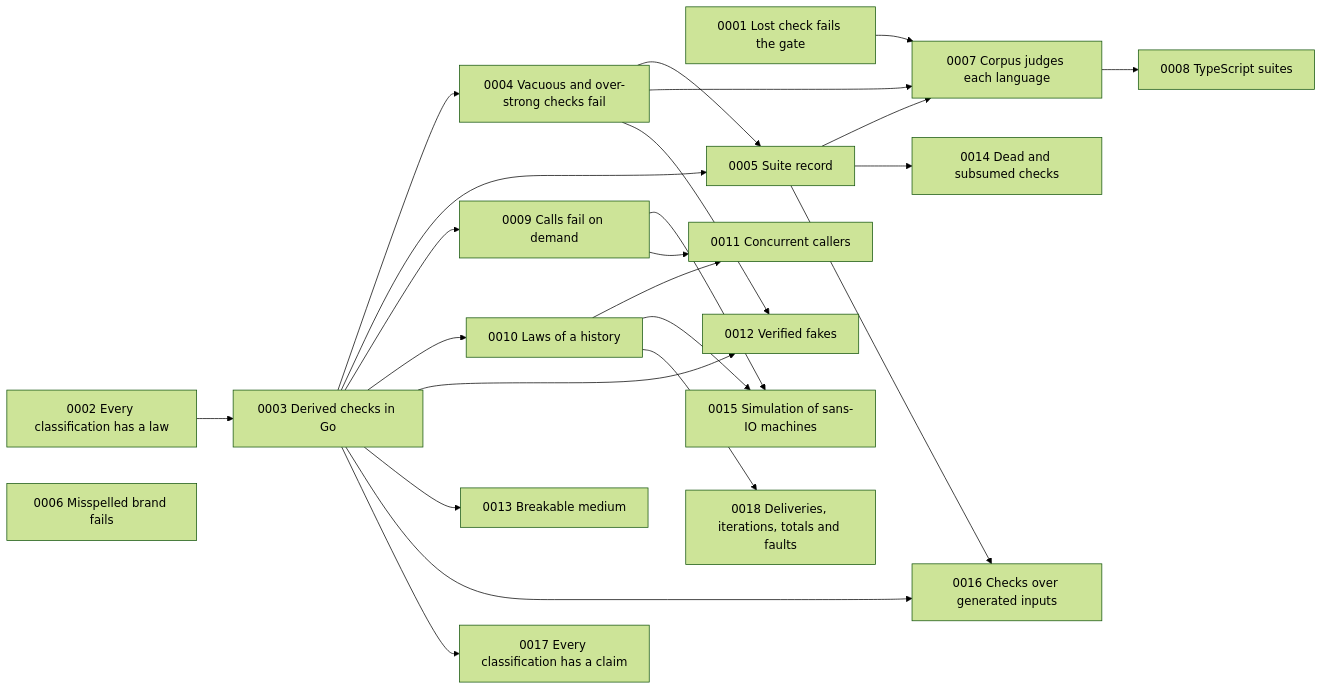
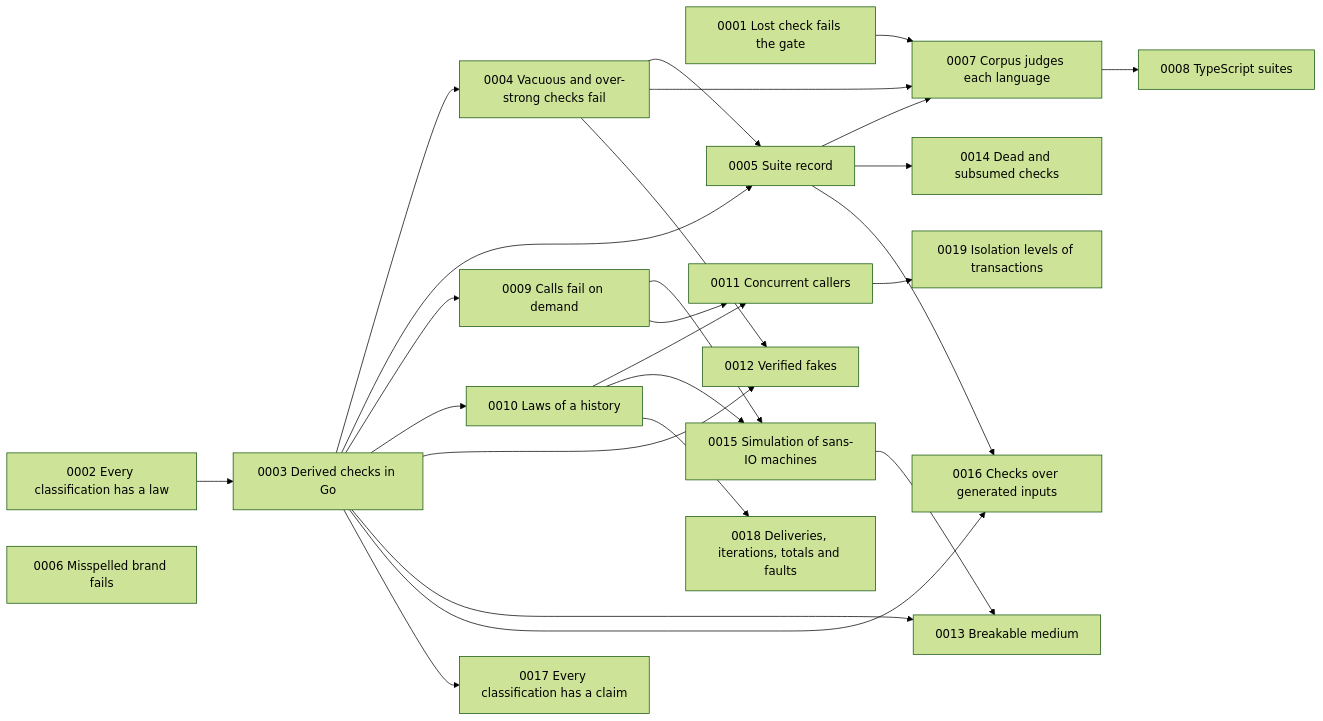
The diagram in docs/roadmap/README.md (dokimasia/dokimi), drawn with Mermaid (forest theme) before and after one commit. The commit also changed other lines of this file and 6 other files, not shown here.

First line of the commit message:
docs(roadmap): tick the built lines and add milestone 0019

````diff
--- a/docs/roadmap/README.md
+++ b/docs/roadmap/README.md
@@ -10,43 +10,46 @@
 ```mermaid
 flowchart LR
     M0001[0001 Lost check fails the gate]
     M0002[0002 Every classification has a law]
     M0003[0003 Derived checks in Go]
     M0004[0004 Vacuous and over-strong checks fail]
     M0005[0005 Suite record]
     M0006[0006 Misspelled brand fails]
     M0007[0007 Corpus judges each language]
     M0008[0008 TypeScript suites]
     M0009[0009 Calls fail on demand]
     M0010[0010 Laws of a history]
     M0011[0011 Concurrent callers]
     M0012[0012 Verified fakes]
     M0013[0013 Breakable medium]
     M0014[0014 Dead and subsumed checks]
     M0015[0015 Simulation of sans-IO machines]
     M0016[0016 Checks over generated inputs]
     M0017[0017 Every classification has a claim]
     M0018[0018 Deliveries, iterations, totals and faults]
+    M0019[0019 Isolation levels of transactions]
     M0002 --> M0003
     M0003 --> M0004
     M0003 --> M0005
     M0004 --> M0005
     M0001 --> M0007
     M0004 --> M0007
     M0005 --> M0007
     M0007 --> M0008
     M0003 --> M0009
     M0003 --> M0010
     M0010 --> M0011
     M0003 --> M0012
     M0004 --> M0012
     M0003 --> M0013
+    M0015 --> M0013
     M0005 --> M0014
     M0009 --> M0015
     M0010 --> M0015
     M0003 --> M0016
     M0005 --> M0016
     M0003 --> M0017
     M0009 --> M0011
     M0010 --> M0018
+    M0011 --> M0019
 ```
````
